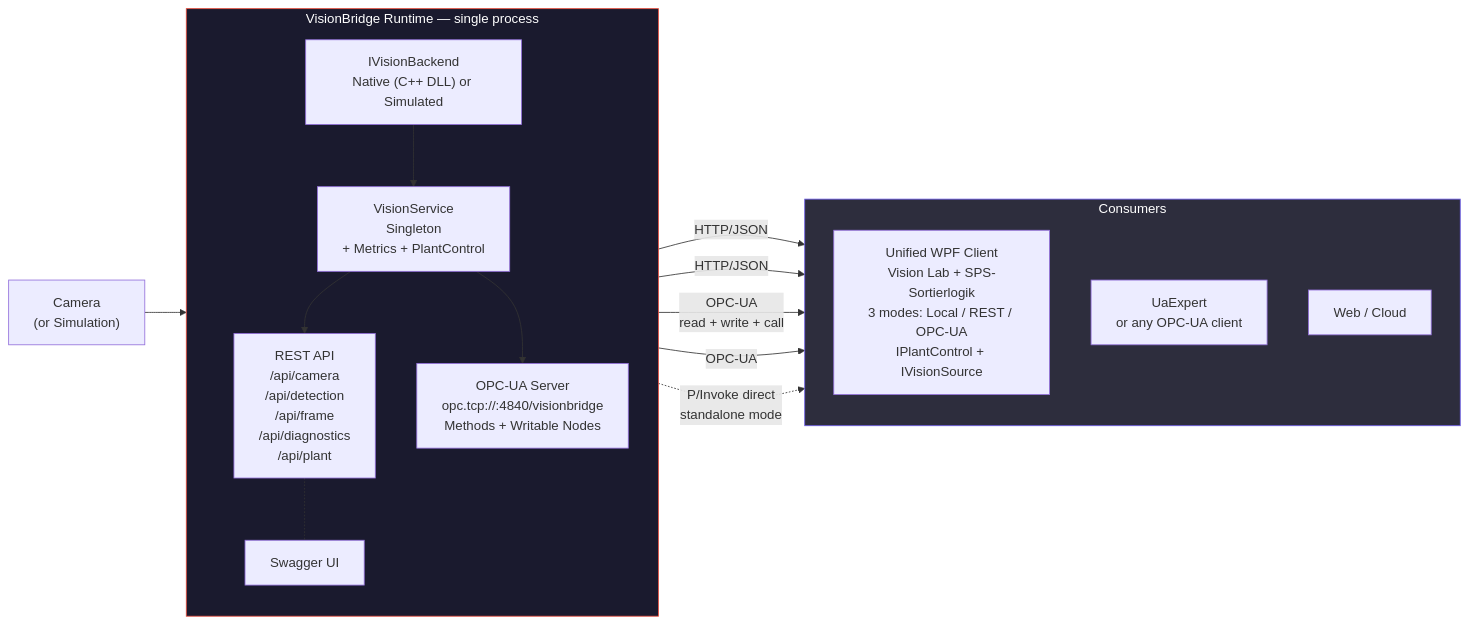
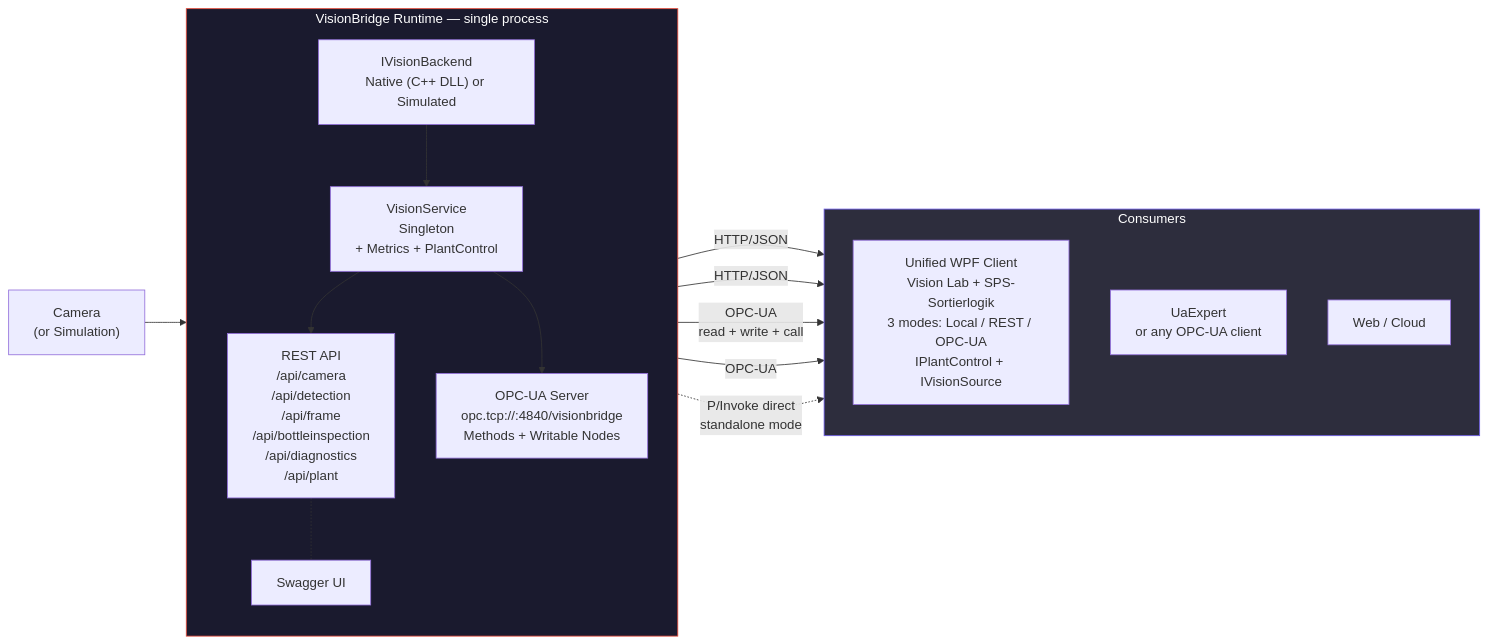
One commit to VirgileDjimgou/VisionBridge-CV changed the diagram in README.md. Above: the diagram before and after it, drawn with Mermaid. The commit also changed other lines of this file and 83 other files, not shown here.

````diff
--- a/README.md
+++ b/README.md
@@ -49,35 +104,35 @@
 ```mermaid
 graph LR
     CAM["Camera\n(or Simulation)"]
 
     subgraph RUNTIME ["VisionBridge Runtime — single process"]
         direction TB
         BACKEND["IVisionBackend\nNative (C++ DLL) or Simulated"]
         SVC["VisionService\nSingleton\n+ Metrics + PlantControl"]
-        REST["REST API\n/api/camera\n/api/detection\n/api/frame\n/api/diagnostics\n/api/plant"]
+        REST["REST API\n/api/camera\n/api/detection\n/api/frame\n/api/bottleinspection\n/api/diagnostics\n/api/plant"]
         OPC["OPC-UA Server\nopc.tcp://:4840/visionbridge\nMethods + Writable Nodes"]
         SWAGGER["Swagger UI"]
 
         BACKEND --> SVC
         SVC --> REST
         SVC --> OPC
         REST -.- SWAGGER
     end
 
     subgraph CLIENTS ["Consumers"]
         direction TB
         UNIFIED["Unified WPF Client\nVision Lab + SPS-Sortierlogik\n3 modes: Local / REST / OPC-UA\nIPlantControl + IVisionSource"]
         UAEXP["UaExpert\nor any OPC-UA client"]
         WEB["Web / Cloud"]
     end
 
     CAM --> BACKEND
     REST -- "HTTP/JSON" --> UNIFIED
     REST -- "HTTP/JSON" --> WEB
     OPC -- "OPC-UA\nread + write + call" --> UNIFIED
     OPC -- "OPC-UA" --> UAEXP
     BACKEND -. "P/Invoke direct\nstandalone mode" .-> UNIFIED
 
     style RUNTIME fill:#1a1a2e,stroke:#e74c3c,color:#fff
     style CLIENTS fill:#2d2d3d,stroke:#6c5ce7,color:#fff
 ```
````
